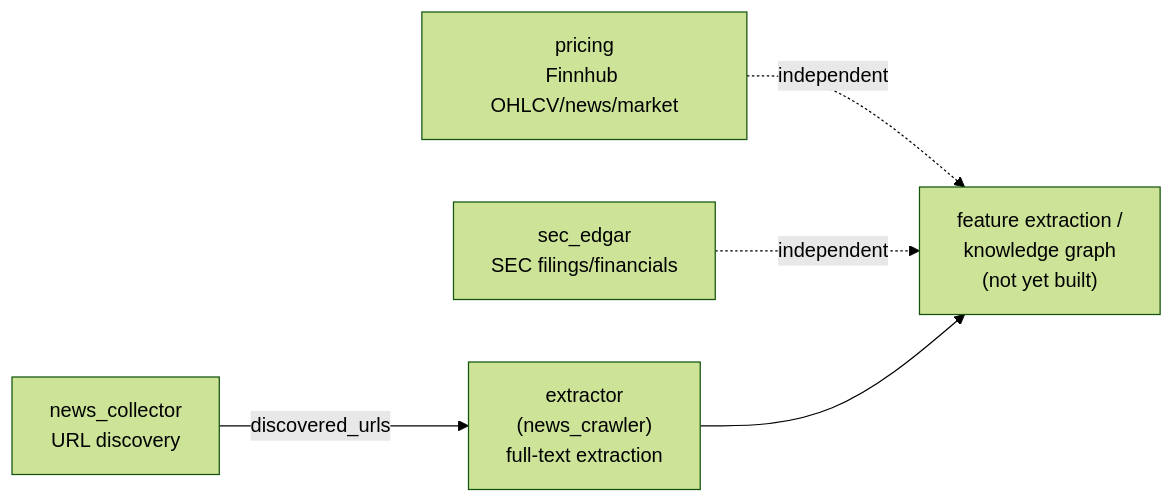
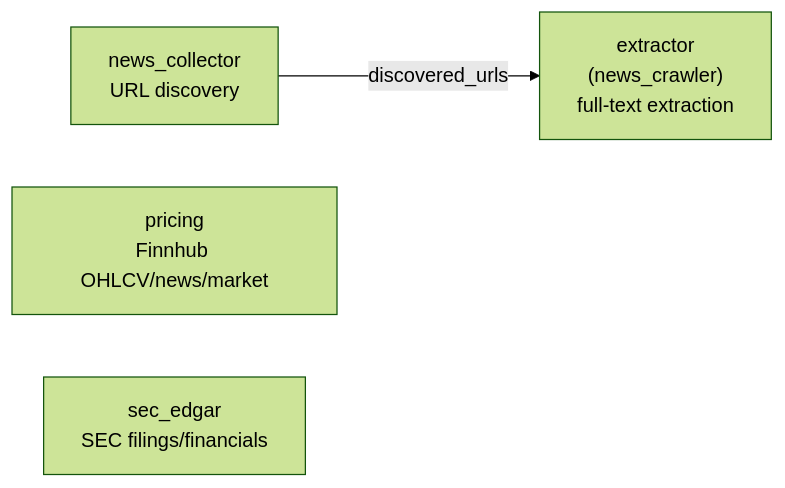
The diagram in README.md (gamug/portfolio-data-mining), drawn with Mermaid (forest theme) before and after one commit. The commit also changed other lines of this file, not shown here.

````diff
--- a/README.md
+++ b/README.md
@@ -10,7 +10,6 @@
 ```mermaid
 graph LR
     A["news_collector\nURL discovery"] -->|discovered_urls| B["extractor\n(news_crawler)\nfull-text extraction"]
-    D["pricing\nFinnhub OHLCV/news/market"] -.->|independent| F
-    E["sec_edgar\nSEC filings/financials"] -.->|independent| F
-    B --> F["feature extraction /\nknowledge graph\n(not yet built)"]
+    D["pricing\nFinnhub OHLCV/news/market"]
+    E["sec_edgar\nSEC filings/financials"]
 ```
````
